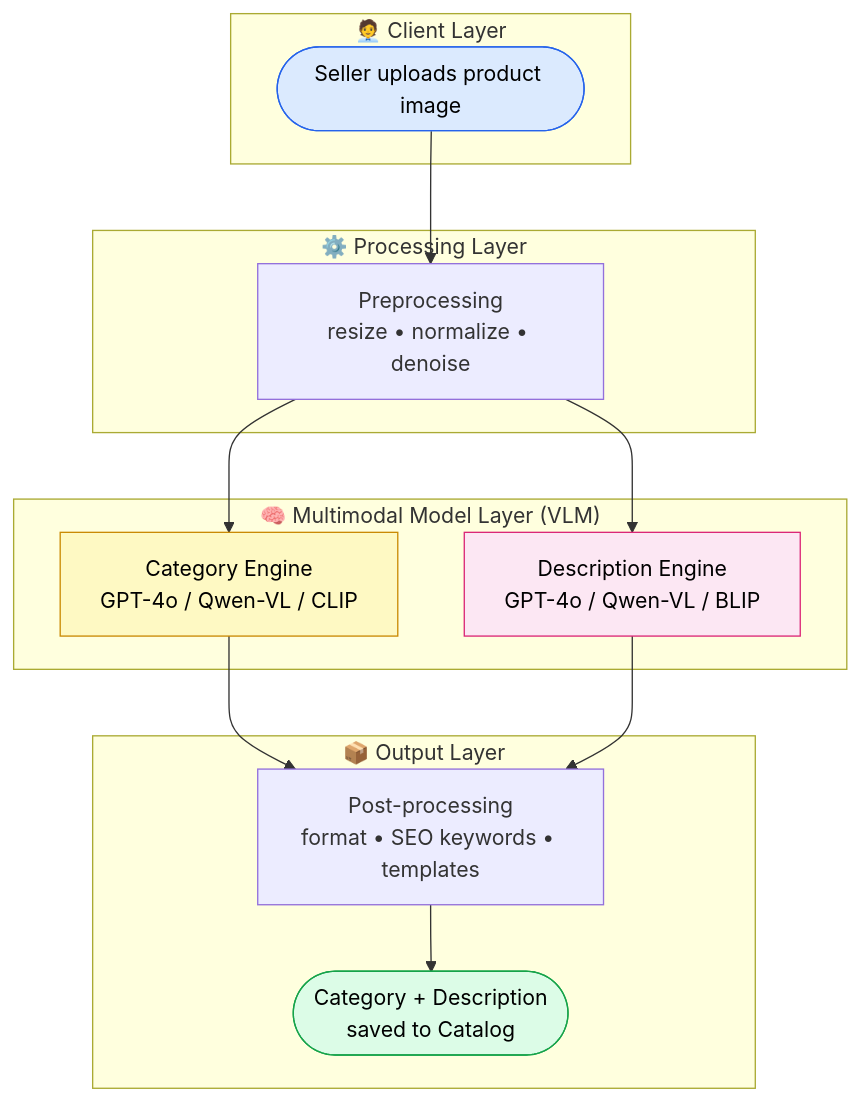
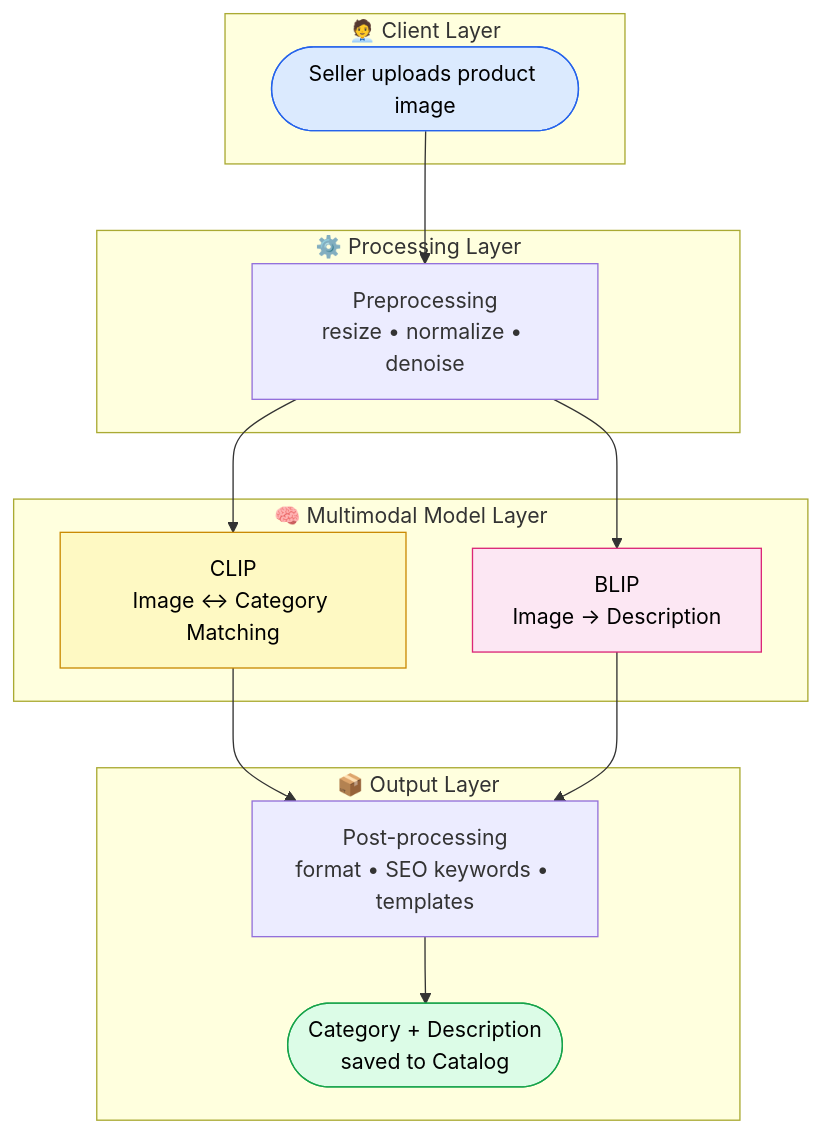
Before and after one commit to parth9108-cpu/Algo-University: the first of 3 diagrams in algi-university-hw1.md, drawn with Mermaid. The commit also changed other lines of this file, not shown here.

````diff
--- a/algi-university-hw1.md
+++ b/algi-university-hw1.md
@@ -71,27 +80,27 @@
 ```mermaid
 flowchart TB
     subgraph CLIENT["🧑‍💼 Client Layer"]
         A([Seller uploads product image])
     end
     subgraph PROC["⚙️ Processing Layer"]
         B[Preprocessing<br/>resize • normalize • denoise]
     end
-    subgraph MODELS["🧠 Multimodal Model Layer (VLM)"]
-        D[Category Engine<br/>GPT-4o / Qwen-VL / CLIP]
-        E[Description Engine<br/>GPT-4o / Qwen-VL / BLIP]
+    subgraph MODELS["🧠 Multimodal Model Layer"]
+        D[CLIP<br/>Image ↔ Category Matching]
+        E[BLIP<br/>Image → Description]
     end
     subgraph OUT["📦 Output Layer"]
         H[Post-processing<br/>format • SEO keywords • templates]
         I([Category + Description<br/>saved to Catalog])
     end
 
     A --> B --> D & E
     D --> H
     E --> H
     H --> I
 
     style A fill:#dbeafe,stroke:#2563eb,color:#000
     style I fill:#dcfce7,stroke:#16a34a,color:#000
     style D fill:#fef9c3,stroke:#ca8a04,color:#000
     style E fill:#fce7f3,stroke:#db2777,color:#000
 ```
````
